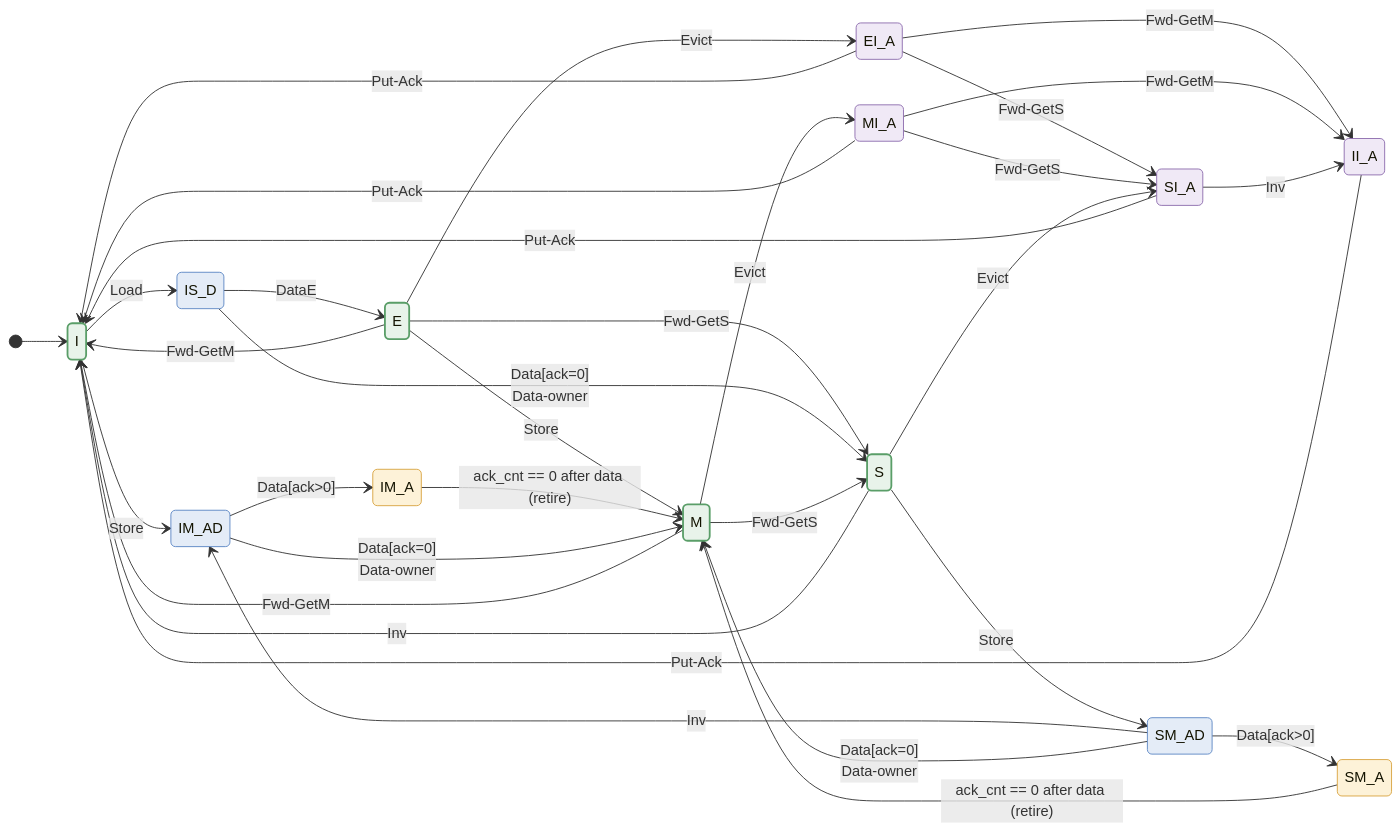
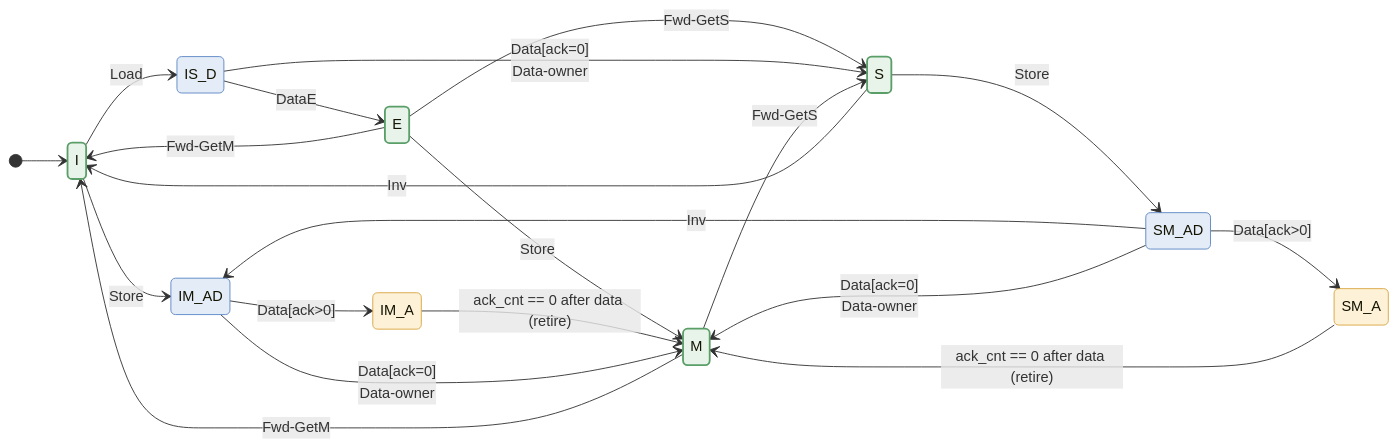
One commit to rohan23rao/coherent_noc changed the first of 3 diagrams in docs/diagrams.md. Above: the diagram before and after it, drawn with Mermaid. The commit also changed other lines of this file and 4 other files, not shown here.

````diff
--- a/docs/diagrams.md
+++ b/docs/diagrams.md
@@ -111,44 +121,31 @@
 ```mermaid
 stateDiagram-v2
     direction LR
     [*] --> I
-    E --> EI_A : Evict
     E --> I : Fwd-GetM
     E --> M : Store
     E --> S : Fwd-GetS
-    EI_A --> I : Put-Ack
-    EI_A --> II_A : Fwd-GetM
-    EI_A --> SI_A : Fwd-GetS
     I --> IM_AD : Store
     I --> IS_D : Load
-    II_A --> I : Put-Ack
     IM_A --> M : ack_cnt == 0 after data (retire)
     IM_AD --> IM_A : Data[ack>0]
     IM_AD --> M : Data[ack=0]<br>Data-owner
     IS_D --> E : DataE
     IS_D --> S : Data[ack=0]<br>Data-owner
     M --> I : Fwd-GetM
-    M --> MI_A : Evict
     M --> S : Fwd-GetS
-    MI_A --> I : Put-Ack
-    MI_A --> II_A : Fwd-GetM
-    MI_A --> SI_A : Fwd-GetS
     S --> I : Inv
-    S --> SI_A : Evict
     S --> SM_AD : Store
-    SI_A --> I : Put-Ack
-    SI_A --> II_A : Inv
     SM_A --> M : ack_cnt == 0 after data (retire)
     SM_AD --> IM_AD : Inv
     SM_AD --> M : Data[ack=0]<br>Data-owner
     SM_AD --> SM_A : Data[ack>0]
 
     classDef stable fill:#e8f3ea,stroke:#5a9e68,stroke-width:2px
     classDef wdata fill:#e4ecf7,stroke:#5b86c4
     classDef wack fill:#fdf2d8,stroke:#d9a441
     classDef wput fill:#f0e9f6,stroke:#8d6cae
     class I,S,E,M stable
     class IS_D,IM_AD,SM_AD wdata
     class IM_A,SM_A wack
-    class MI_A,EI_A,SI_A,II_A wput
 ```
````
